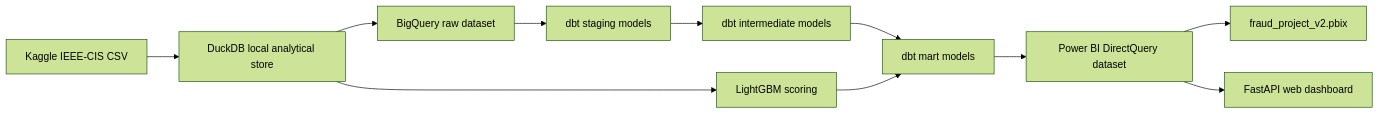
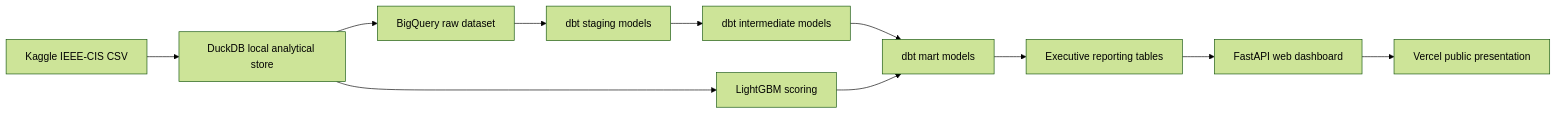
The diagram in README.md (senanurcetin/ieee-fraud-detection-analytics), drawn with Mermaid (forest theme) before and after one commit. The commit also changed other lines of this file and 24 other files, not shown here.

Commit message:
Enhance live web analytics dashboard

````diff
--- a/README.md
+++ b/README.md
@@ -34,13 +34,13 @@
 ```mermaid
 flowchart LR
     A["Kaggle IEEE-CIS CSV"] --> B["DuckDB local analytical store"]
     B --> C["BigQuery raw dataset"]
     C --> D["dbt staging models"]
     D --> E["dbt intermediate models"]
     E --> F["dbt mart models"]
-    F --> G["Power BI DirectQuery dataset"]
+    F --> G["Executive reporting tables"]
     B --> H["LightGBM scoring"]
     H --> F
-    G --> I["fraud_project_v2.pbix"]
-    G --> J["FastAPI web dashboard"]
+    G --> I["FastAPI web dashboard"]
+    I --> J["Vercel public presentation"]
 ```
````
